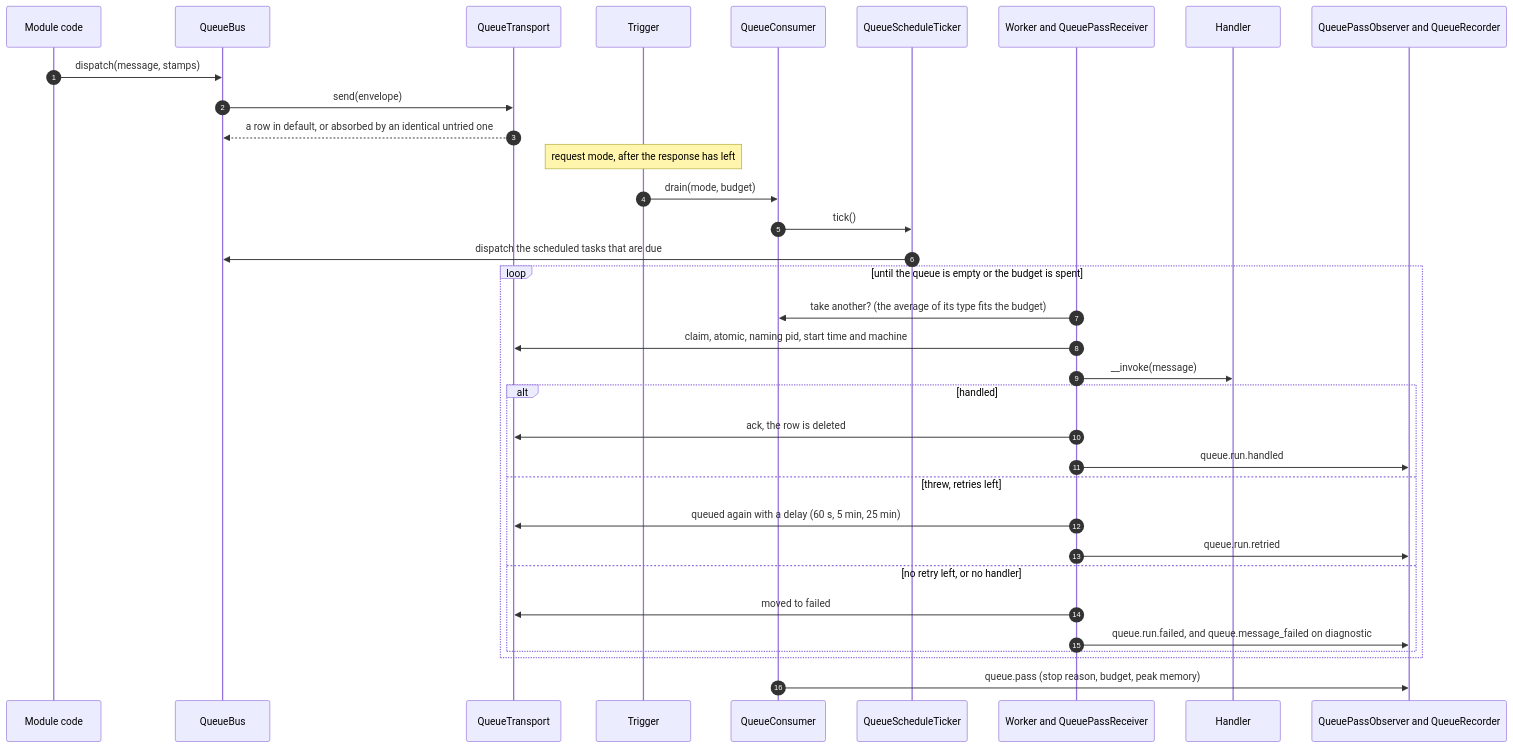
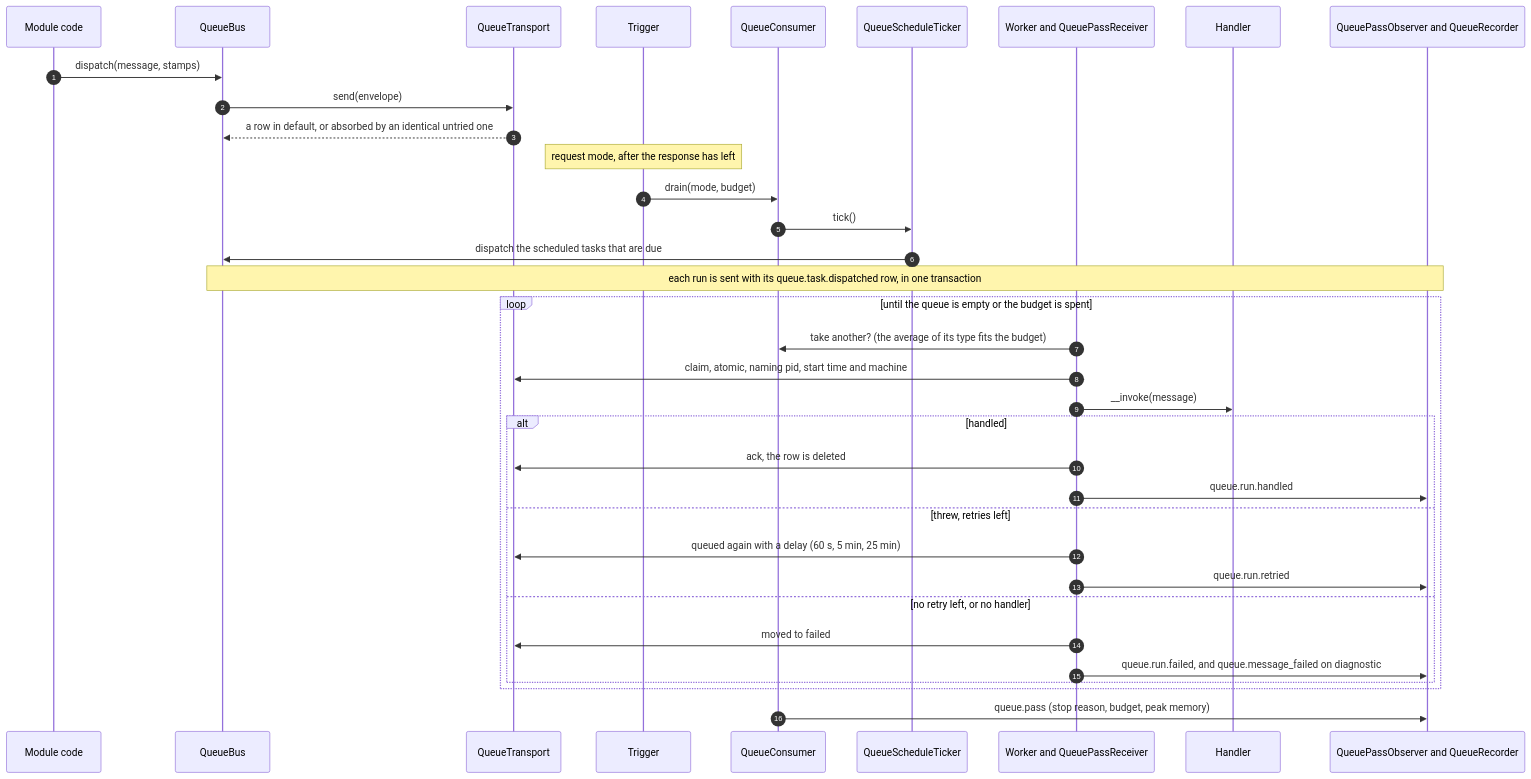
Before and after one commit to YesWiki/yeswiki: the second of 4 diagrams in docs/adr/0030-background-work-goes-through-one-queue.md, drawn with Mermaid. The commit also changed other lines of this file and 4 other files, not shown here.

First line of the commit message:
fix(queue): a scheduled task's run and its dispatch row are one transaction, so a Journal that refuses the row cannot have it run twice

````diff
--- a/docs/adr/0030-background-work-goes-through-one-queue.md
+++ b/docs/adr/0030-background-work-goes-through-one-queue.md
@@ -97,36 +97,37 @@
 ```mermaid
 sequenceDiagram
   autonumber
   participant M as Module code
   participant B as QueueBus
   participant T as QueueTransport
   participant R as Trigger
   participant C as QueueConsumer
   participant S as QueueScheduleTicker
   participant W as Worker and QueuePassReceiver
   participant H as Handler
   participant O as QueuePassObserver and QueueRecorder
   M->>B: dispatch(message, stamps)
   B->>T: send(envelope)
   T-->>B: a row in default, or absorbed by an identical untried one
   Note over R: request mode, after the response has left
   R->>C: drain(mode, budget)
   C->>S: tick()
   S->>B: dispatch the scheduled tasks that are due
+  Note over B,O: each run is sent with its queue.task.dispatched row, in one transaction
   loop until the queue is empty or the budget is spent
     W->>C: take another? (the average of its type fits the budget)
     W->>T: claim, atomic, naming pid, start time and machine
     W->>H: __invoke(message)
     alt handled
       W->>T: ack, the row is deleted
       W->>O: queue.run.handled
     else threw, retries left
       W->>T: queued again with a delay (60 s, 5 min, 25 min)
       W->>O: queue.run.retried
     else no retry left, or no handler
       W->>T: moved to failed
       W->>O: queue.run.failed, and queue.message_failed on diagnostic
     end
   end
   C->>O: queue.pass (stop reason, budget, peak memory)
 ```
````
